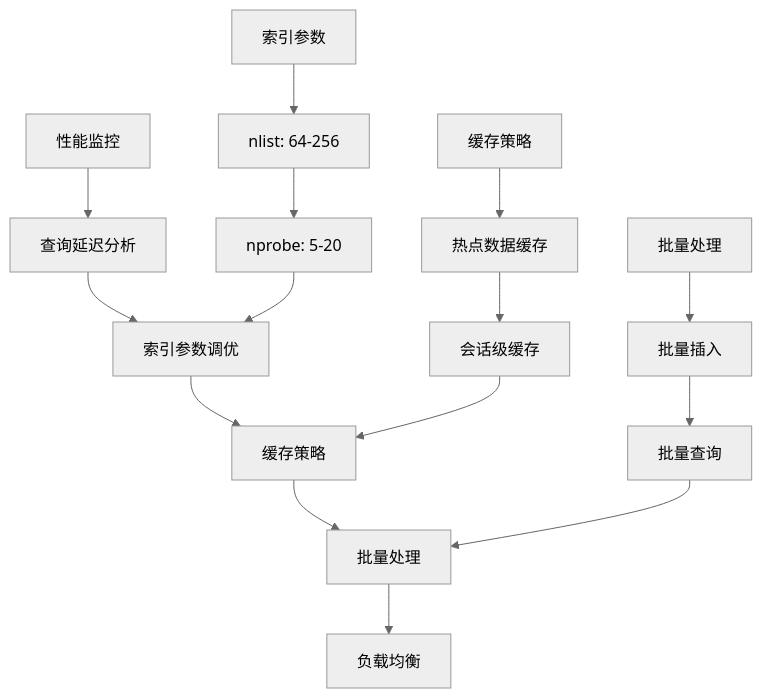
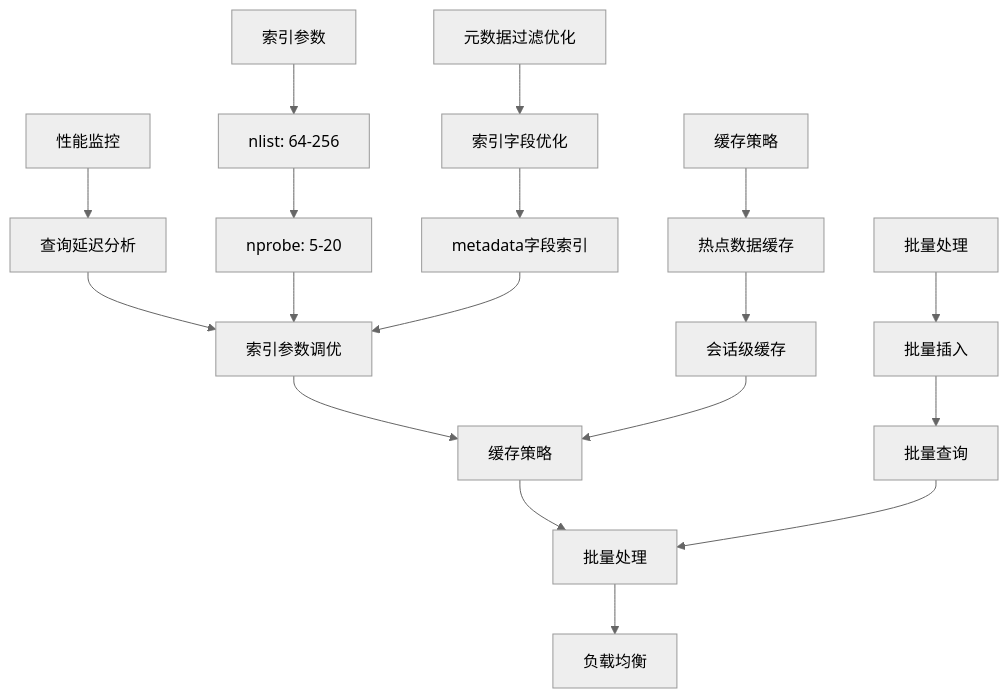
Diagram 18 of 22 in .qoder/repowiki/zh/content/AI智能问答系统/RAG架构设计.md (ghbbn053-ship-itsoulddog/soulddog), drawn with Mermaid (neutral theme) before and after one commit. The commit also changed other lines of this file and 119 other files, not shown here.

````diff
--- a/.qoder/repowiki/zh/content/AI智能问答系统/RAG架构设计.md
+++ b/.qoder/repowiki/zh/content/AI智能问答系统/RAG架构设计.md
@@ -602,17 +674,20 @@
 ```mermaid
 flowchart TD
 A[性能监控] --> B[查询延迟分析]
 B --> C[索引参数调优]
 C --> D[缓存策略]
 D --> E[批量处理]
 E --> F[负载均衡]
 G[索引参数] --> H[nlist: 64-256]
 H --> I[nprobe: 5-20]
 I --> C
 J[缓存策略] --> K[热点数据缓存]
 K --> L[会话级缓存]
 L --> D
 M[批量处理] --> N[批量插入]
 N --> O[批量查询]
 O --> E
+P[元数据过滤优化] --> Q[索引字段优化]
+Q --> R[metadata字段索引]
+R --> C
 ```
````
